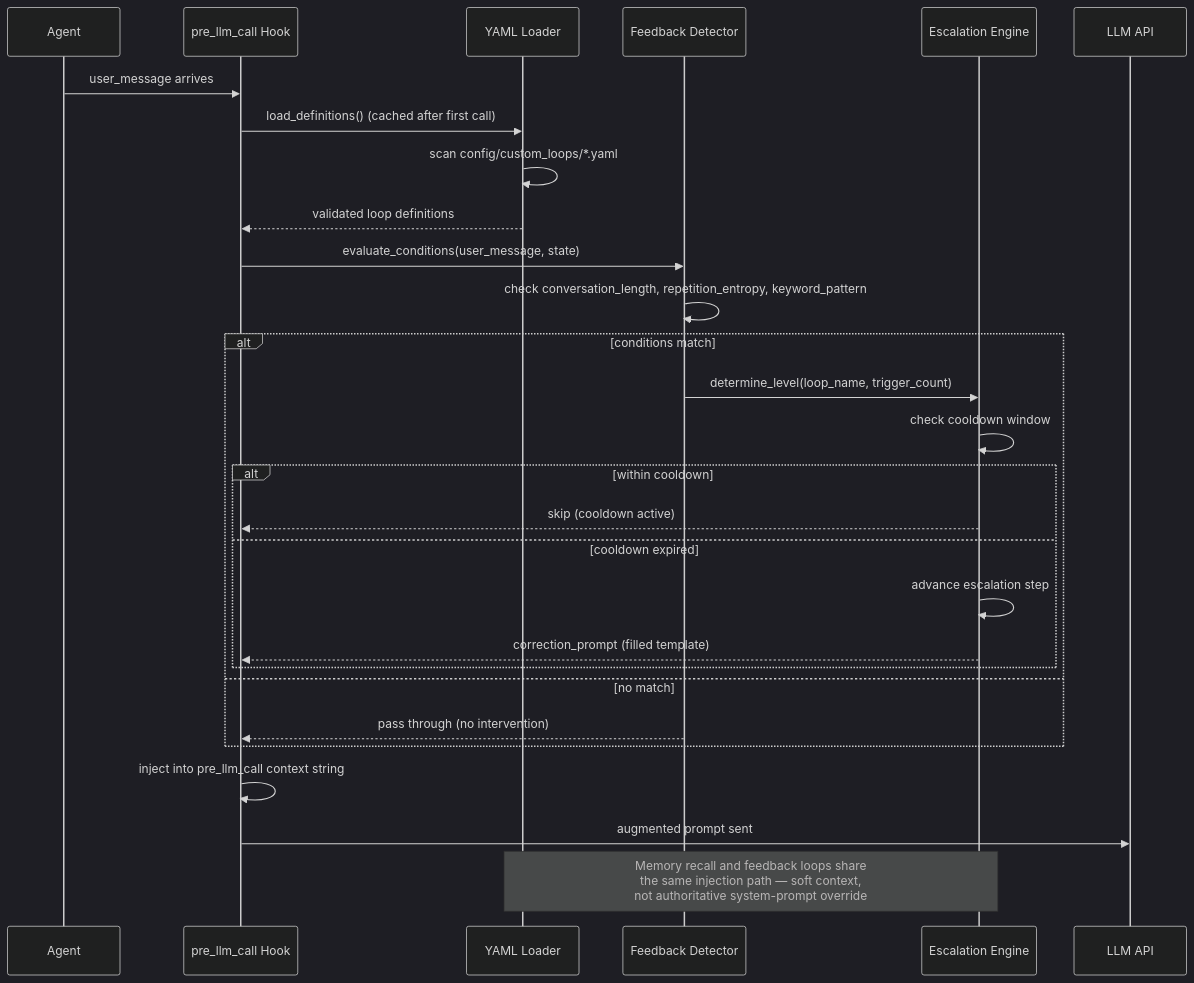
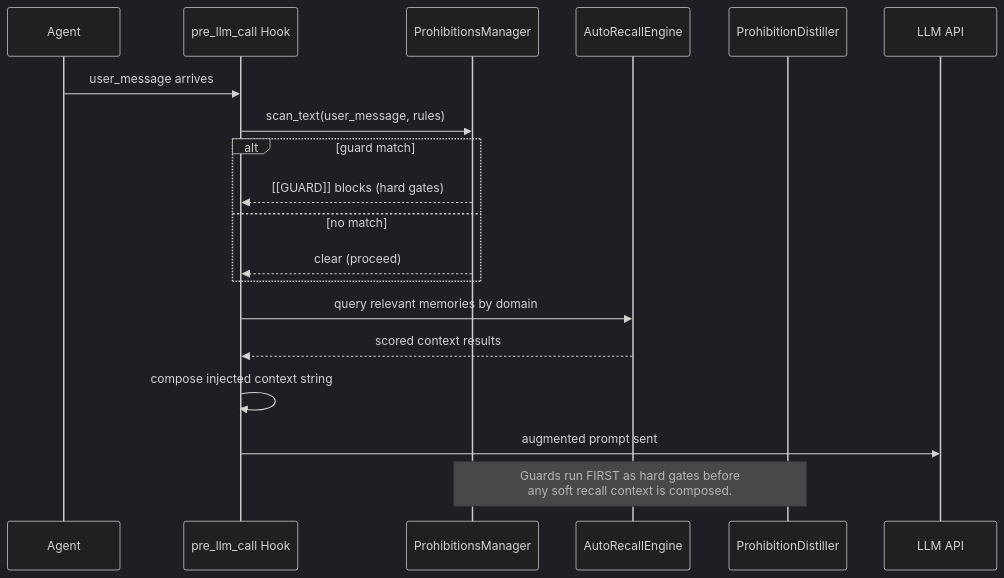
The diagram in README.md (BuboTheWise/MemChorus), drawn with Mermaid (dark theme) before and after one commit. The commit also changed other lines of this file and 4 other files, not shown here.

First line of the commit message:
docs: sync architecture docs + config with v2.0 prohibitions guard system (#109)

````diff
--- a/README.md
+++ b/README.md
@@ -114,31 +114,22 @@
 ```mermaid
 sequenceDiagram
     participant Agent
     participant Hook as pre_llm_call Hook
-    participant Loader as YAML Loader
-    participant Detector as Feedback Detector
-    participant Escalation as Escalation Engine
+    participant Guard as ProhibitionsManager
+    participant Recall as AutoRecallEngine
+    participant Distill as ProhibitionDistiller
     participant LLM as LLM API
-
+ 
     Agent->>Hook: user_message arrives
-    Hook->>Loader: load_definitions() (cached after first call)
-    Loader->>Loader: scan config/custom_loops/*.yaml
-    Loader-->>Hook: validated loop definitions
-    Hook->>Detector: evaluate_conditions(user_message, state)
-    Detector->>Detector: check conversation_length, repetition_entropy, keyword_pattern
-    alt conditions match
-        Detector->>Escalation: determine_level(loop_name, trigger_count)
-        Escalation->>Escalation: check cooldown window
-        alt within cooldown
-            Escalation-->>Hook: skip (cooldown active)
-        else cooldown expired
-            Escalation->>Escalation: advance escalation step
-            Escalation-->>Hook: correction_prompt (filled template)
-        end
+    Hook->>Guard: scan_text(user_message, rules)
+    alt guard match
+        Guard-->>Hook: [[GUARD]] blocks (hard gates)
     else no match
-        Detector-->>Hook: pass through (no intervention)
+        Guard-->>Hook: clear (proceed)
     end
-    Hook->>Hook: inject into pre_llm_call context string
+    Hook->>Recall: query relevant memories by domain
+    Recall-->>Hook: scored context results
+    Hook->>Hook: compose injected context string
     Hook->>LLM: augmented prompt sent
-    Note over Loader,Escalation: Memory recall and feedback loops share<br/>the same injection path — soft context,<br/>not authoritative system-prompt override
+    Note over Guard,Distill: Guards run FIRST as hard gates before<br/>any soft recall context is composed.
 ```
````
